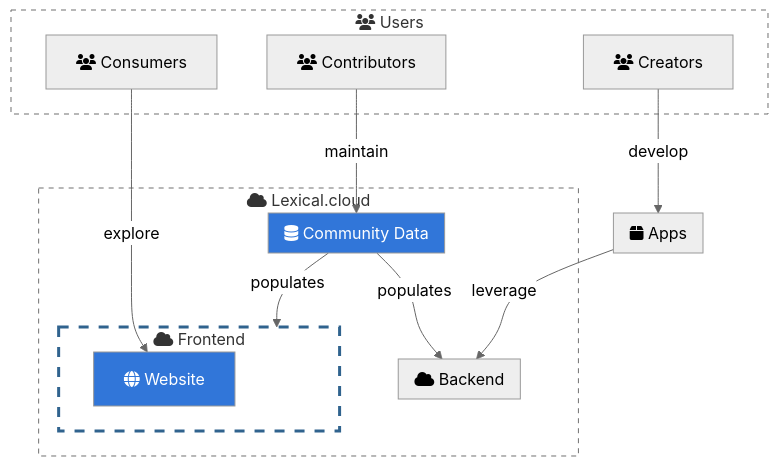
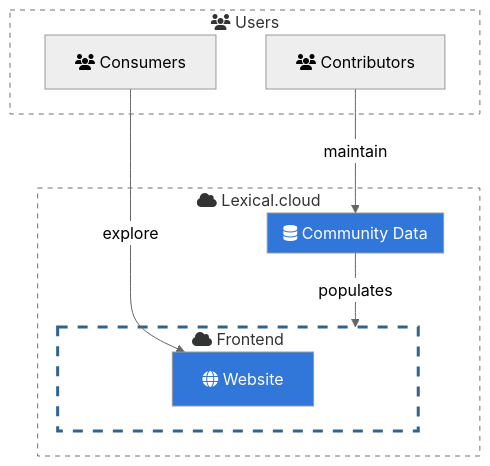
The fifth of 11 diagrams in en/pages/project.md (lexical-cloud/lexical-cloud-docs), drawn with Mermaid (neutral theme) before and after one commit. The commit also changed other lines of this file, not shown here.

Commit message:
hid unrelated components from each others context diagrams. (i.e. backend and frontend)

````diff
--- a/en/pages/project.md
+++ b/en/pages/project.md
@@ -316,44 +316,44 @@
 ```mermaid
 flowchart TD
 %% entities
   U1["fa:fa-users Consumers"]
   U2["fa:fa-users Contributors"]
-  U3["fa:fa-users Creators"]
+  %%U3["fa:fa-users Creators"]
   O1["fa:fa-globe Website"]
 %% groups
   subgraph G1["fa:fa-users Users"]
     U1
     U2
-    U3
+    %%U3
   end
-  subgraph G2["fa:fa-box Apps"]
-  end
+  %%subgraph G2["fa:fa-box Apps"]
+  %%end
   subgraph G3["fa:fa-cloud Lexical.cloud"]
     G4
-    G5
+    %%G5
     G6
   end
   subgraph G4["fa:fa-database Community Data"]
   end
-  subgraph G5["fa:fa-cloud Backend"]
-  end
+  %%subgraph G5["fa:fa-cloud Backend"]
+  %%end
   subgraph G6["fa:fa-cloud Frontend"]
     O1
   end
 %% relationships
   U1 -->|explore| O1 
   U2 -->|maintain| G4 
-  U3 -->|develop| G2
-  G4 -->|populates| G5
+  %%U3 -->|develop| G2
+  %%G4 -->|populates| G5
   G4 -->|populates| G6
-  G2 -->|leverage| G5
+  %%G2 -->|leverage| G5
 %% styles
   classDef clickable fill:#3176d9,color:white
   classDef cluster fill:white
   style G1 stroke-dasharray:5
   style G3 stroke-dasharray:5
   style G6 stroke:#30638E,stroke-dasharray:10,stroke-width:3px
 %% interactions
   click G4 "#community-data"
   click O1 "#website"
 ```
````
